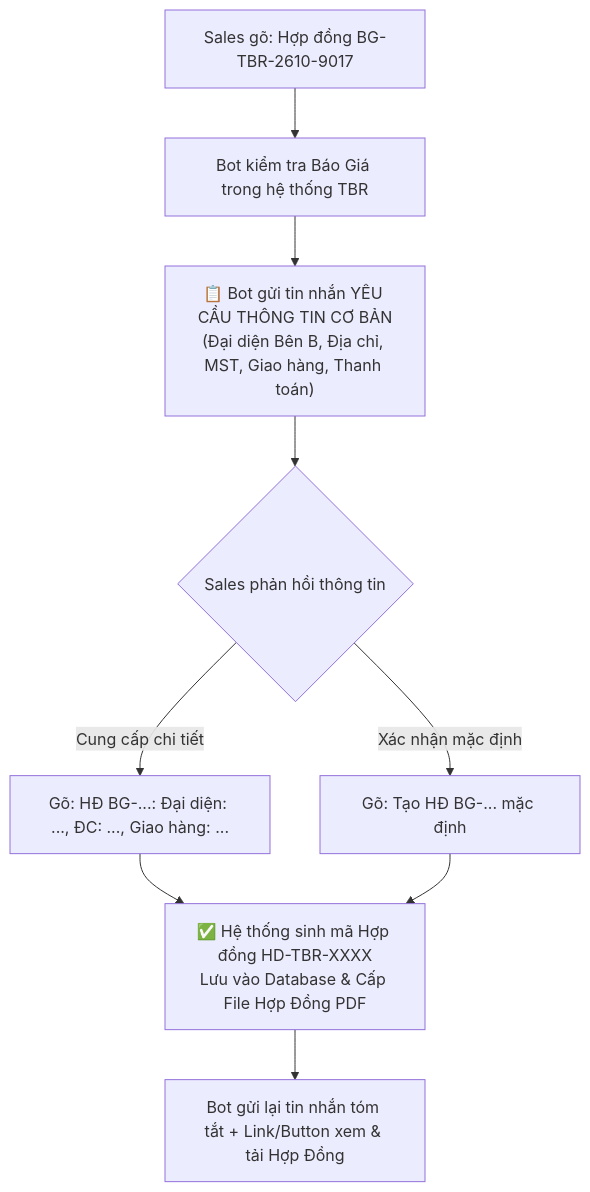
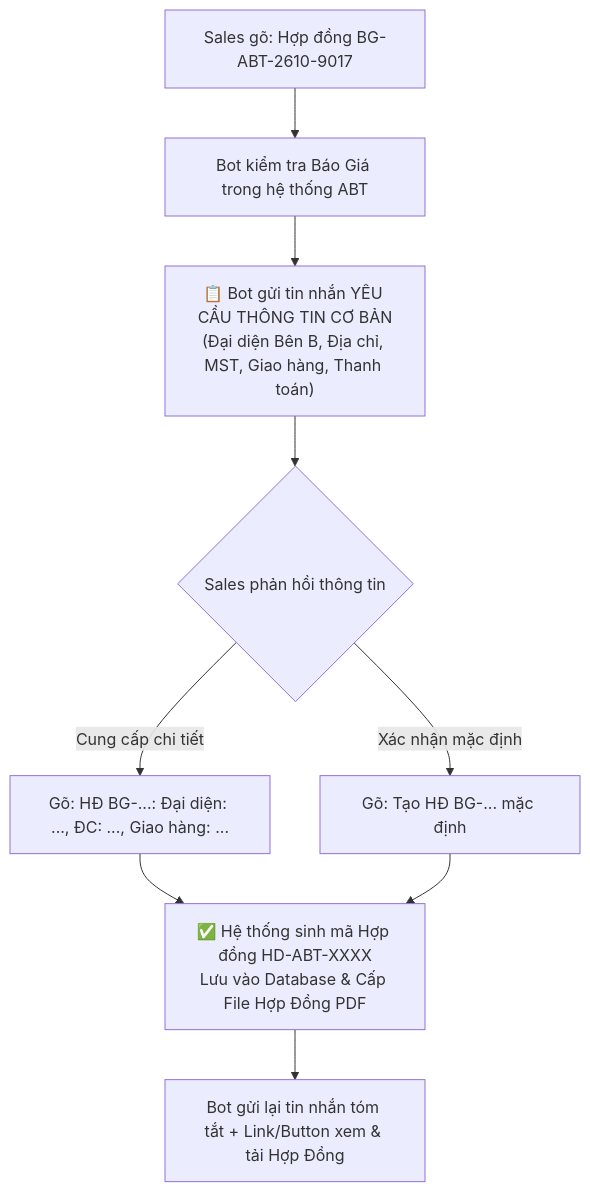
The fourth of 4 diagrams in docs/HUONG_DAN_SU_DUNG_ZALO_DIEU_HANH.md (ndkhanh6886-blip/ABT-PORTAL), drawn with Mermaid before and after one commit. The commit also changed other lines of this file and 88 other files, not shown here.

First line of the commit message:
feat: ABT Portal — bản sao cho Công ty TNHH Giải pháp Y sinh ABT

````diff
--- a/docs/HUONG_DAN_SU_DUNG_ZALO_DIEU_HANH.md
+++ b/docs/HUONG_DAN_SU_DUNG_ZALO_DIEU_HANH.md
@@ -179,11 +179,11 @@
 ```mermaid
 flowchart TD
-    A["Sales gõ: Hợp đồng BG-TBR-2610-9017"] --> B["Bot kiểm tra Báo Giá trong hệ thống TBR"]
+    A["Sales gõ: Hợp đồng BG-ABT-2610-9017"] --> B["Bot kiểm tra Báo Giá trong hệ thống ABT"]
     B --> C["📋 Bot gửi tin nhắn YÊU CẦU THÔNG TIN CƠ BẢN\n(Đại diện Bên B, Địa chỉ, MST, Giao hàng, Thanh toán)"]
     C --> D{"Sales phản hồi thông tin"}
     D -- "Cung cấp chi tiết" --> E["Gõ: HĐ BG-...: Đại diện: ..., ĐC: ..., Giao hàng: ..."]
     D -- "Xác nhận mặc định" --> F["Gõ: Tạo HĐ BG-... mặc định"]
-    E --> G["✅ Hệ thống sinh mã Hợp đồng HD-TBR-XXXX\nLưu vào Database & Cấp File Hợp Đồng PDF"]
+    E --> G["✅ Hệ thống sinh mã Hợp đồng HD-ABT-XXXX\nLưu vào Database & Cấp File Hợp Đồng PDF"]
     F --> G
     G --> H["Bot gửi lại tin nhắn tóm tắt + Link/Button xem & tải Hợp Đồng"]
 ```
````
